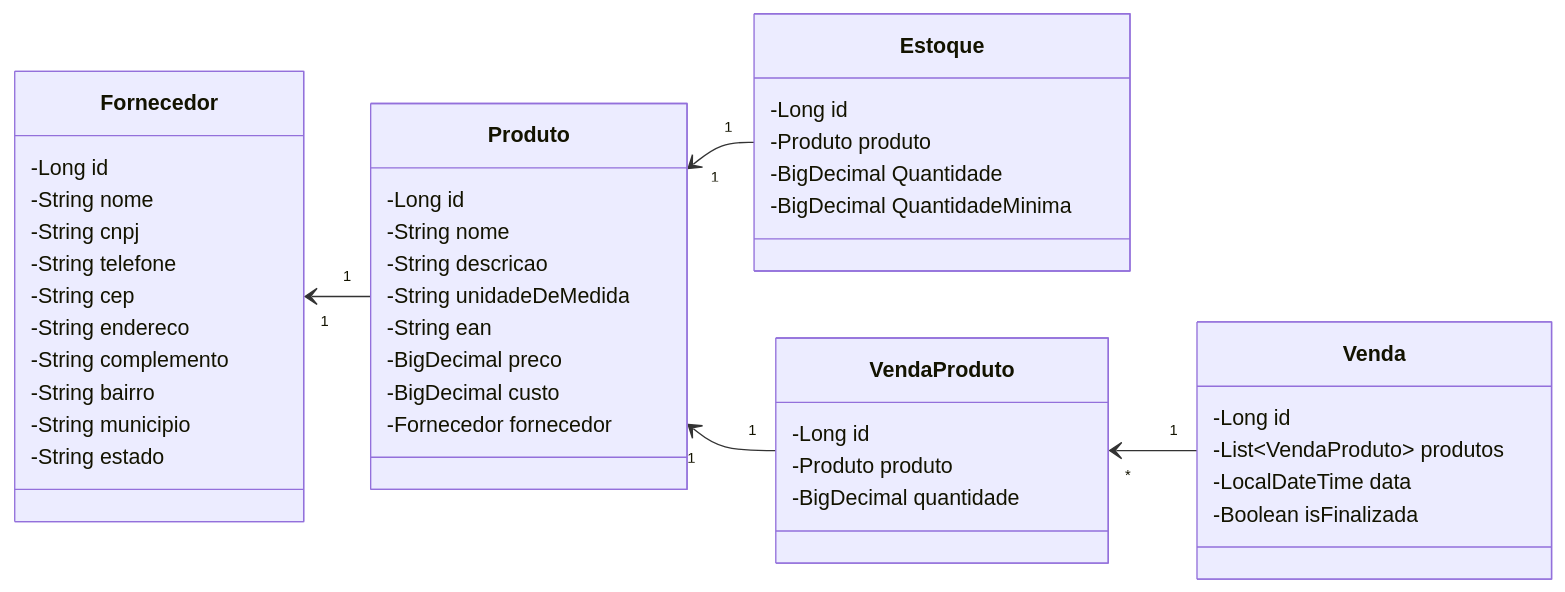
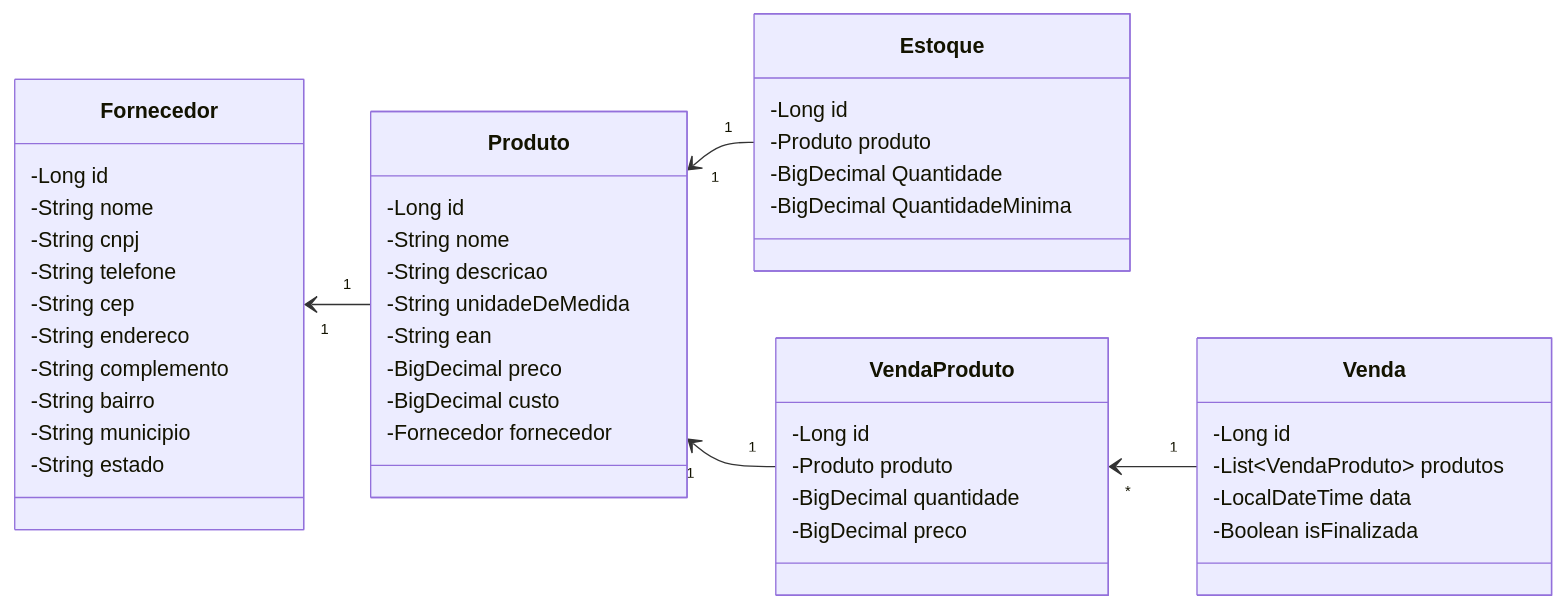
Before and after one commit to Eduardo-Karpinski/TCC: the diagram in Diagramas/classe.md, drawn with Mermaid. The commit also changed 57 other files, not shown here.

````diff
--- a/Diagramas/classe.md
+++ b/Diagramas/classe.md
@@ -1,54 +1,55 @@
 ```mermaid
 classDiagram
     direction RL
     
     Produto "1" --> "1" Fornecedor
     Estoque "1" --> "1" Produto
     Venda "1" --> "*" VendaProduto
     VendaProduto "1" --> "1" Produto
 
     class Produto{
         -Long id
         -String nome
         -String descricao
         -String unidadeDeMedida
         -String ean
         -BigDecimal preco
         -BigDecimal custo
         -Fornecedor fornecedor
     }
 
     class Fornecedor{
         -Long id
         -String nome
         -String cnpj
         -String telefone
         -String cep
         -String endereco
         -String complemento
         -String bairro
         -String municipio
         -String estado
     }
 
     class Estoque{
         -Long id
         -Produto produto
         -BigDecimal Quantidade
         -BigDecimal QuantidadeMinima
     }
 
     class Venda{
         -Long id
         -List~VendaProduto~ produtos
         -LocalDateTime data
         -Boolean isFinalizada
     }
 
     class VendaProduto{
         -Long id
         -Produto produto
         -BigDecimal quantidade
+        -BigDecimal preco
     }
 
 ```
````
